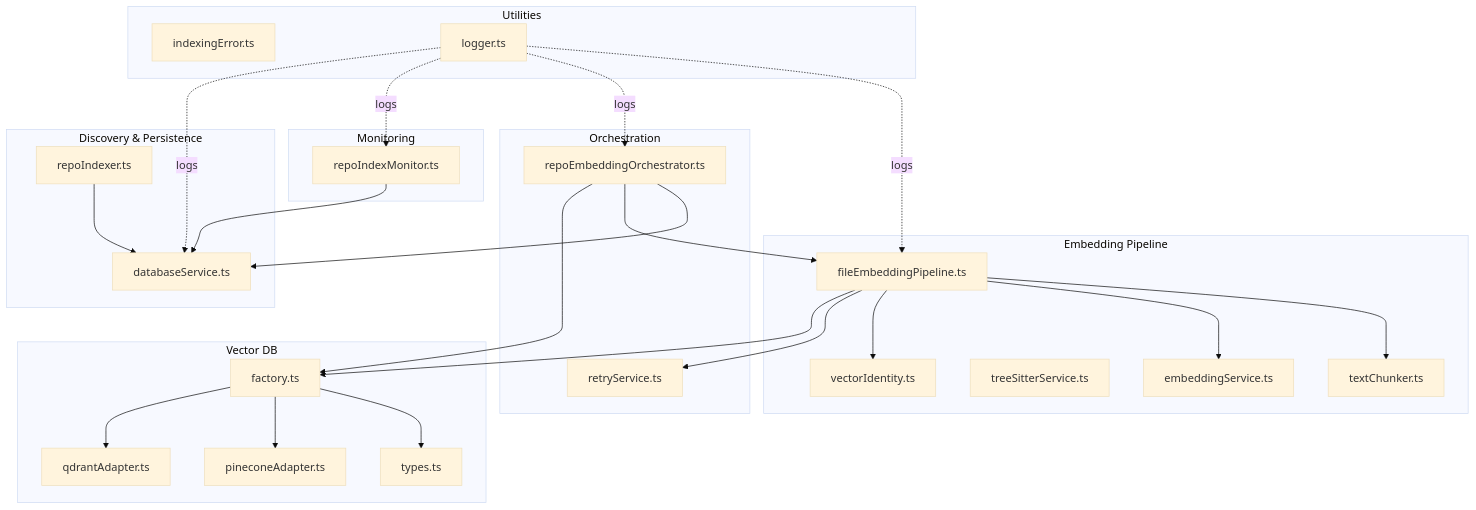
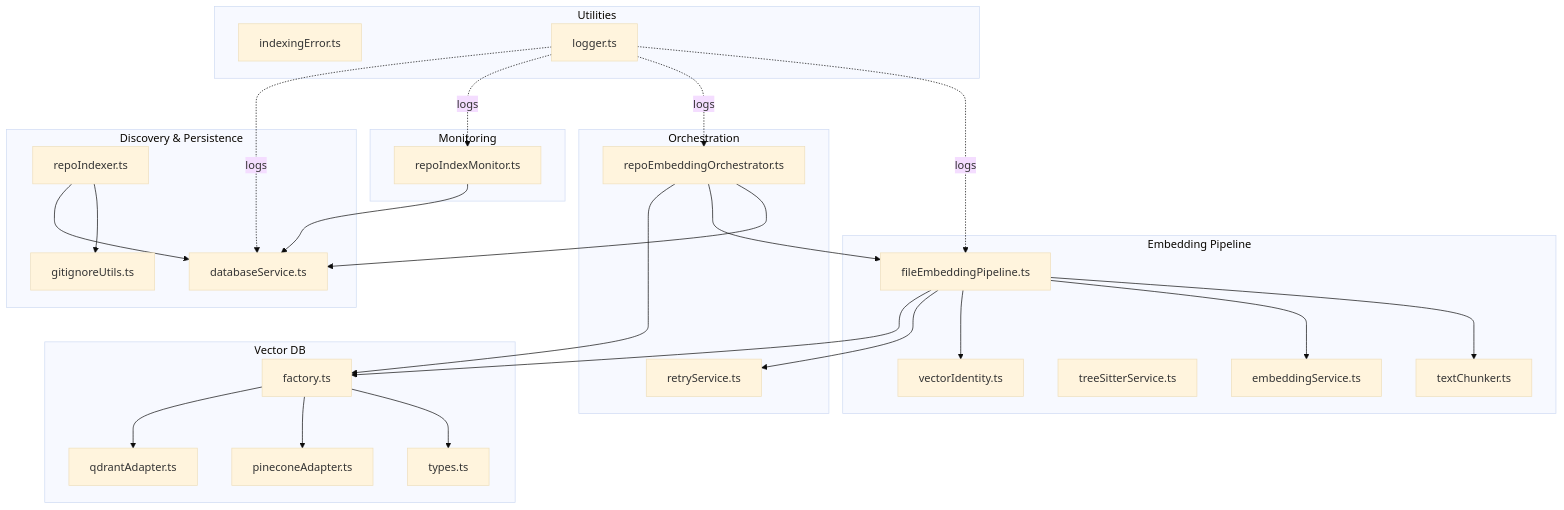
One commit to bramburn/repomix-runner changed the first of 10 diagrams in .qoder/repowiki/en/content/Indexing and Search System/Repository Indexing and Monitoring.md. Above: the diagram before and after it, drawn with Mermaid (base theme). The commit also changed other lines of this file and 41 other files, not shown here.

````diff
--- a/.qoder/repowiki/en/content/Indexing and Search System/Repository Indexing and Monitoring.md
+++ b/.qoder/repowiki/en/content/Indexing and Search System/Repository Indexing and Monitoring.md
@@ -48,48 +57,50 @@
 ```mermaid
 graph TB
 subgraph "Discovery & Persistence"
 RI["repoIndexer.ts"]
+GI["gitignoreUtils.ts"]
 DB["databaseService.ts"]
 end
 subgraph "Embedding Pipeline"
 FE["fileEmbeddingPipeline.ts"]
 TC["textChunker.ts"]
 TS["treeSitterService.ts"]
 ES["embeddingService.ts"]
 VID["vectorIdentity.ts"]
 end
 subgraph "Orchestration"
 RO["repoEmbeddingOrchestrator.ts"]
 RS["retryService.ts"]
 end
 subgraph "Monitoring"
 RM["repoIndexMonitor.ts"]
 end
 subgraph "Vector DB"
 VF["factory.ts"]
 VTYPE["types.ts"]
 PCA["pineconeAdapter.ts"]
 QDA["qdrantAdapter.ts"]
 end
 subgraph "Utilities"
 IE["indexingError.ts"]
 LG["logger.ts"]
 end
+RI --> GI
 RI --> DB
 RO --> DB
 RO --> FE
 FE --> TC
 FE --> ES
 FE --> VID
 FE --> RS
 RM --> DB
 VF --> VTYPE
 VF --> PCA
 VF --> QDA
 FE --> VF
 RO --> VF
 LG -. logs .-> FE
 LG -. logs .-> RO
 LG -. logs .-> RM
 LG -. logs .-> DB
 ```
````
